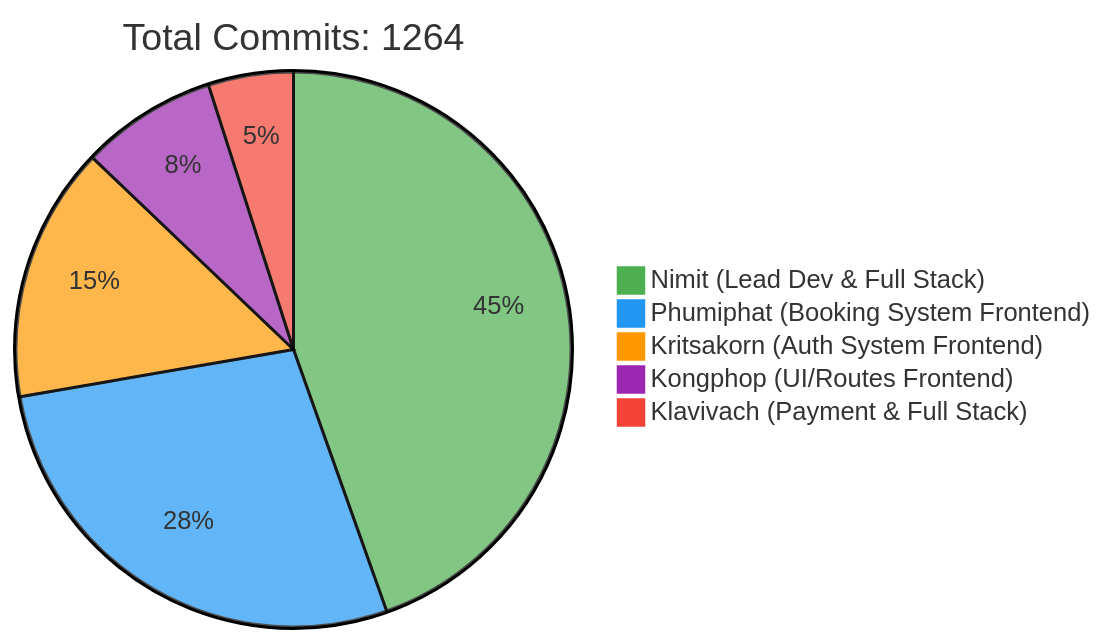
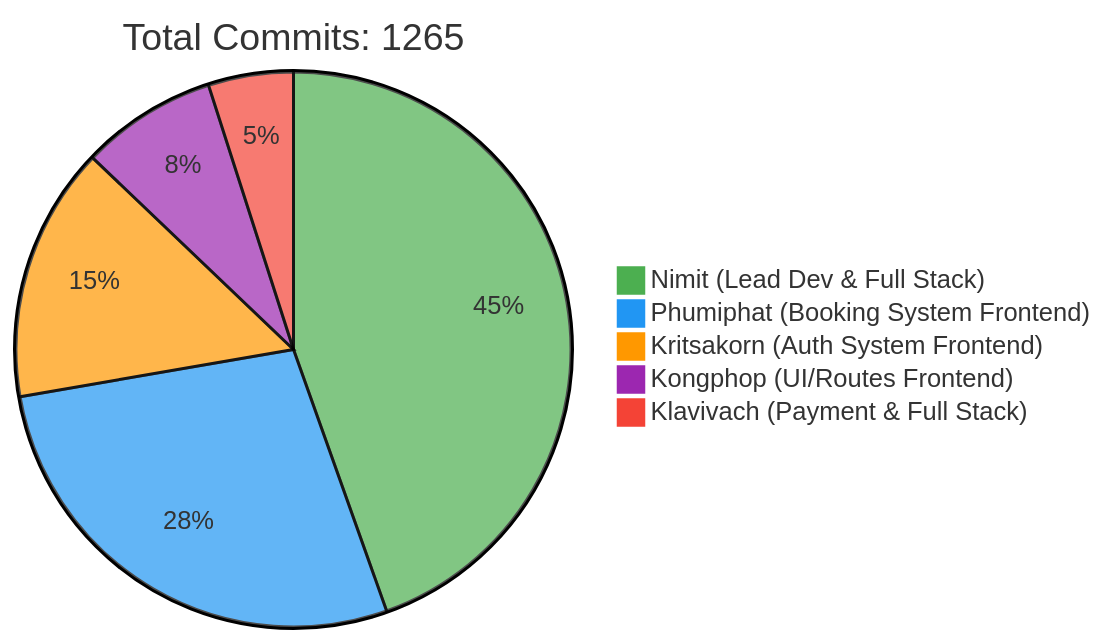
The first of 2 diagrams in README.md (6531503042/Sport-Complex), drawn with Mermaid before and after one commit. The commit also changed other lines of this file, not shown here.

Commit message:
docs: Update contributor statistics [skip ci]

````diff
--- a/README.md
+++ b/README.md
@@ -257,10 +257,10 @@
 ```mermaid
 %%{init: {'theme': 'base', 'themeVariables': { 'pie1': '#4CAF50', 'pie2': '#2196F3', 'pie3': '#FF9800', 'pie4': '#9C27B0', 'pie5': '#F44336'}}}%%
 pie
-    title Total Commits: 1264
+    title Total Commits: 1265
     "Nimit (Lead Dev & Full Stack)" : 450
     "Phumiphat (Booking System Frontend)" : 280
     "Kritsakorn (Auth System Frontend)" : 150
     "Kongphop (UI/Routes Frontend)" : 80
     "Klavivach (Payment & Full Stack)" : 50
 ```
````
